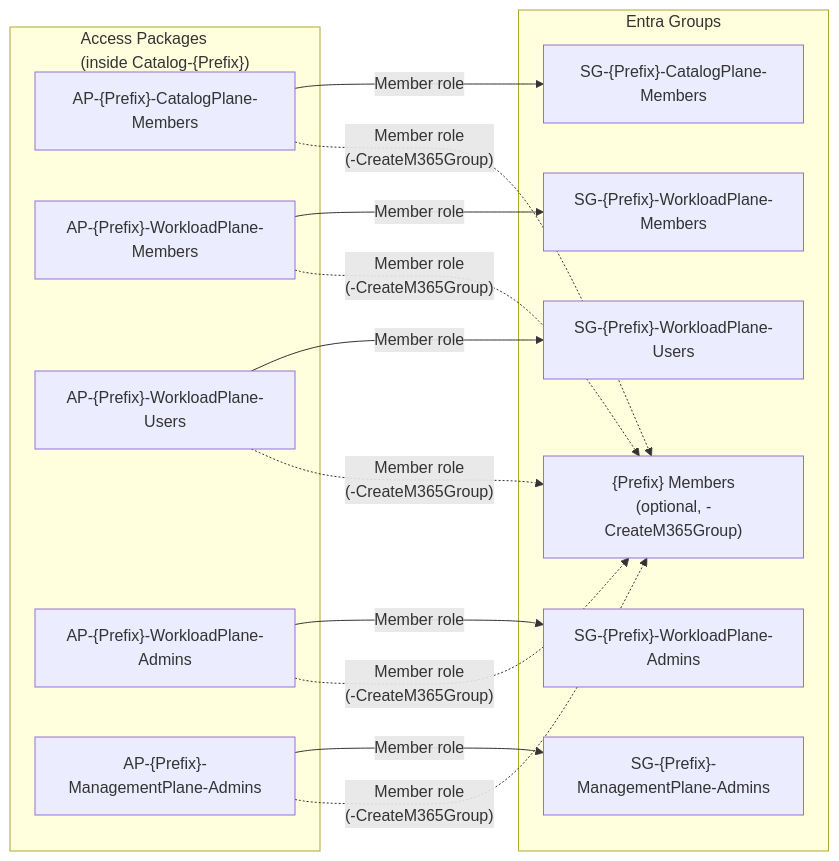
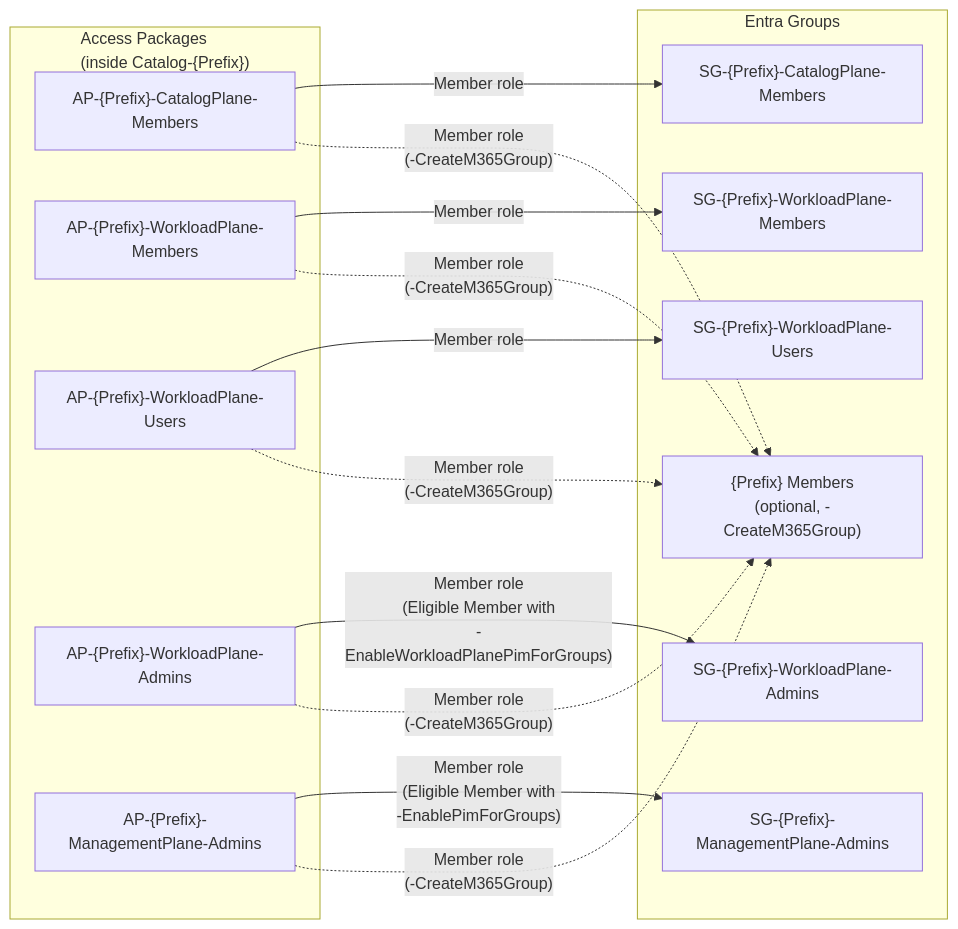
The third of 7 diagrams in Docs/content/service-em-landing-zone-visualization.md (Cloud-Architekt/EntraOps), drawn with Mermaid before and after one commit. The commit also changed other lines of this file and 17 other files, not shown here.

First line of the commit message:
Refactor ServiceEM tests to improve PIM for Groups handling and group ownership validation

````diff
--- a/Docs/content/service-em-landing-zone-visualization.md
+++ b/Docs/content/service-em-landing-zone-visualization.md
@@ -205,26 +196,26 @@
 ```mermaid
 flowchart LR
     subgraph APS["Access Packages\n(inside Catalog-{Prefix})"]
         AP1["AP-{Prefix}-CatalogPlane-Members"]
         AP2["AP-{Prefix}-WorkloadPlane-Members"]
         AP3["AP-{Prefix}-WorkloadPlane-Users"]
         AP4["AP-{Prefix}-WorkloadPlane-Admins"]
         AP5["AP-{Prefix}-ManagementPlane-Admins"]
     end
 
     subgraph GRP["Entra Groups"]
         G_CP["SG-{Prefix}-CatalogPlane-Members"]
         G_WP_Mbr["SG-{Prefix}-WorkloadPlane-Members"]
         G_WP_Usr["SG-{Prefix}-WorkloadPlane-Users"]
         G_WP_Adm["SG-{Prefix}-WorkloadPlane-Admins"]
         G_MP_Adm["SG-{Prefix}-ManagementPlane-Admins"]
         G_Unified["{Prefix} Members\n(optional, -CreateM365Group)"]
     end
 
     AP1 -->|"Member role"| G_CP
     AP2 -->|"Member role"| G_WP_Mbr
     AP3 -->|"Member role"| G_WP_Usr
-    AP4 -->|"Member role"| G_WP_Adm
-    AP5 -->|"Member role"| G_MP_Adm
+    AP4 -->|"Member role\n(Eligible Member with\n-EnableWorkloadPlanePimForGroups)"| G_WP_Adm
+    AP5 -->|"Member role\n(Eligible Member with\n-EnablePimForGroups)"| G_MP_Adm
     AP1 & AP2 & AP3 & AP4 & AP5 -.->|"Member role\n(-CreateM365Group)"| G_Unified
 ```
````
